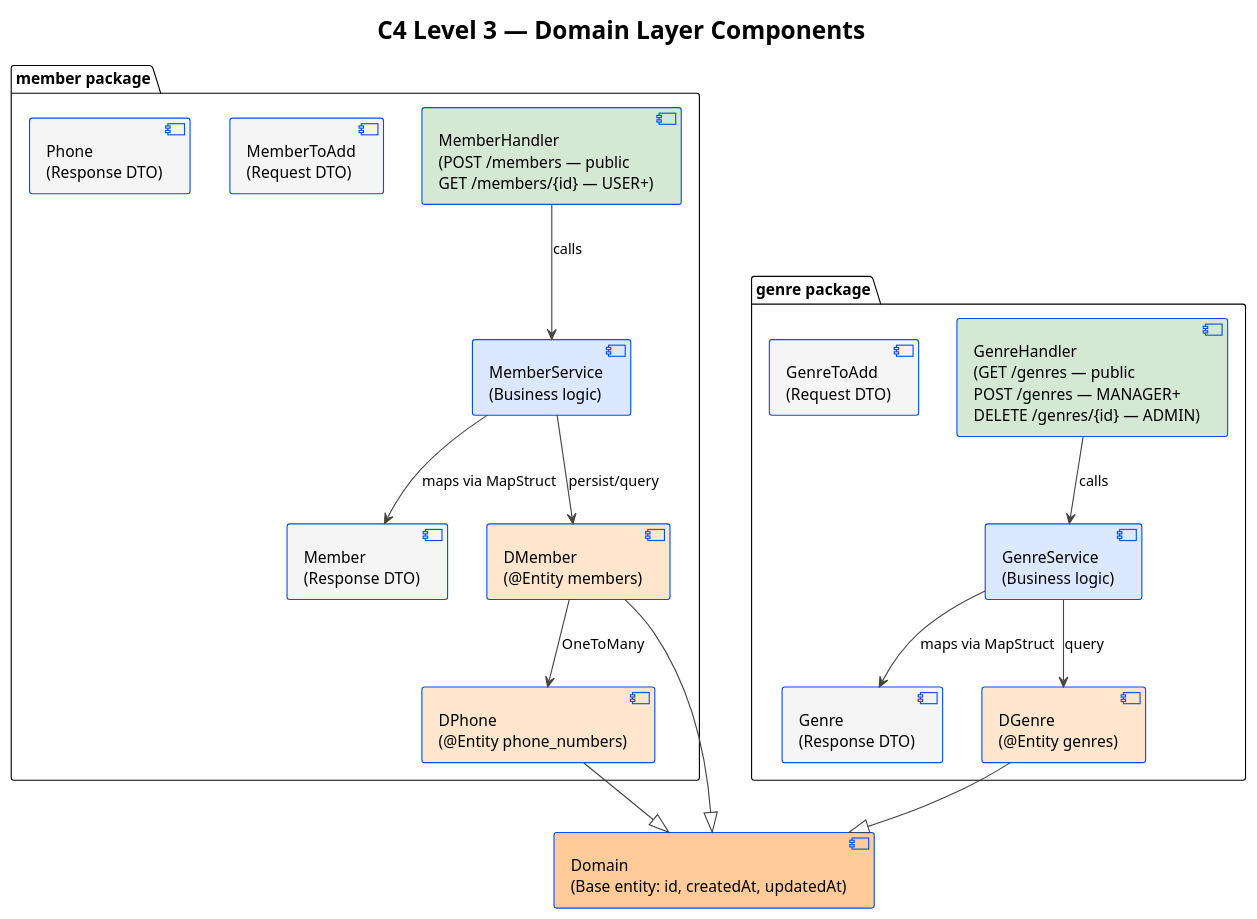
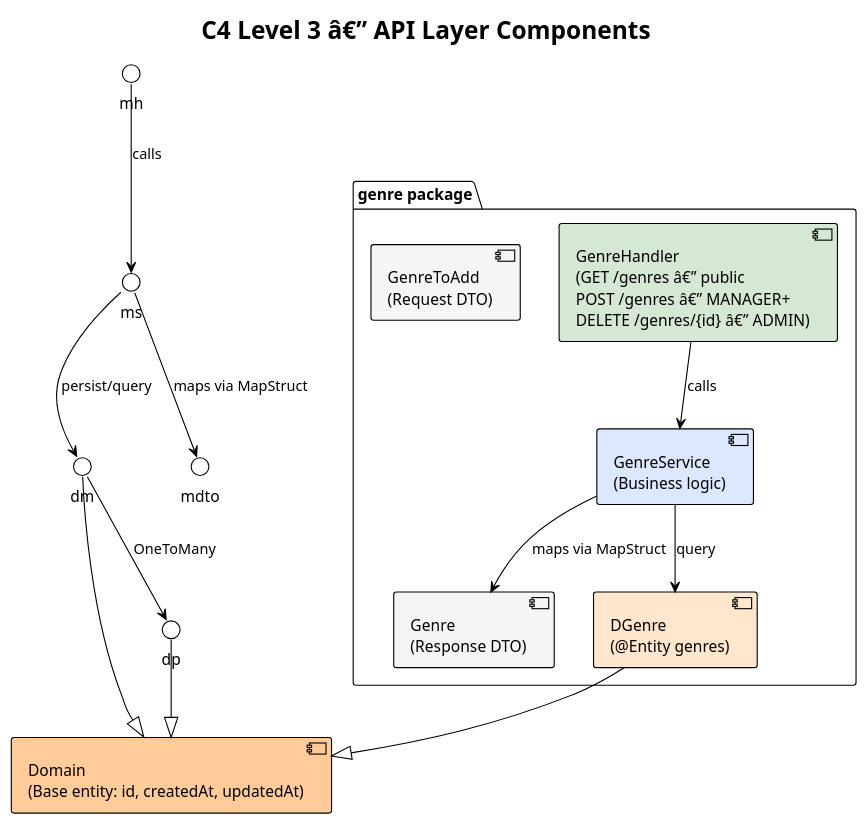
The second of 5 diagrams in docs/architecture.md (batzorigt/rest-api-template), drawn with PlantUML before and after one commit. The commit also changed other lines of this file and 4 other files, not shown here.

````diff
--- a/docs/architecture.md
+++ b/docs/architecture.md
@@ -195,45 +56,30 @@
 ```plantuml
-@startuml C4_Component_Domain
+@startuml C4_Component_API
 !theme plain
-title C4 Level 3 — Domain Layer Components
+title C4 Level 3 â€” API Layer Components
 
-skinparam component {
-  BorderColor #0050ef
-  BackgroundColor #dce8ff
-}
-skinparam ArrowColor #444444
-
-package "member package" {
-  component "MemberHandler\n(POST /members — public\nGET /members/{id} — USER+)" as mh #d5e8d4
-  component "MemberService\n(Business logic)" as ms #dce8ff
-  component "MemberToAdd\n(Request DTO)" as mta #f5f5f5
-  component "Member\n(Response DTO)" as mdto #f5f5f5
-  component "Phone\n(Response DTO)" as pdto #f5f5f5
-  component "DMember\n(@Entity members)" as dm #ffe6cc
-  component "DPhone\n(@Entity phone_numbers)" as dp #ffe6cc
-}
 
 package "genre package" {
-  component "GenreHandler\n(GET /genres — public\nPOST /genres — MANAGER+\nDELETE /genres/{id} — ADMIN)" as gh #d5e8d4
+  component "GenreHandler\n(GET /genres â€” public\nPOST /genres â€” MANAGER+\nDELETE /genres/{id} â€” ADMIN)" as gh #d5e8d4
   component "GenreService\n(Business logic)" as gs #dce8ff
   component "GenreToAdd\n(Request DTO)" as gta #f5f5f5
   component "Genre\n(Response DTO)" as gdto #f5f5f5
   component "DGenre\n(@Entity genres)" as dg #ffe6cc
 }
 
 component "Domain\n(Base entity: id, createdAt, updatedAt)" as domain #ffcc99
 
 mh --> ms : "calls"
 ms --> dm : "persist/query"
 ms --> mdto : "maps via MapStruct"
 dm --> dp : "OneToMany"
 dm --|> domain
 dp --|> domain
 
 gh --> gs : "calls"
 gs --> dg : "query"
 gs --> gdto : "maps via MapStruct"
 dg --|> domain
 
 @enduml
 ```
````
